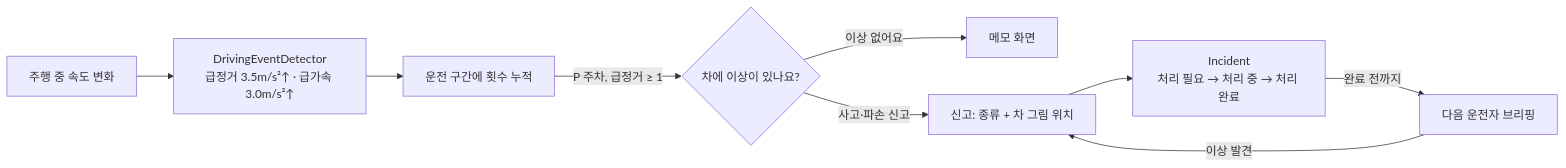
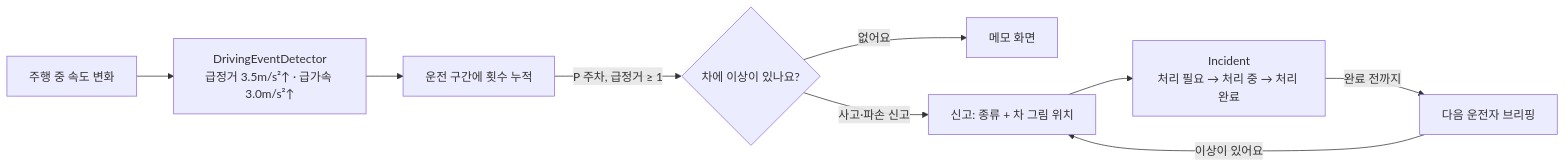
One commit to youngchaai/carrelay changed the second of 4 diagrams in docs/02_아키텍처.md. Above: the diagram before and after it, drawn with Mermaid. The commit also changed other lines of this file and 18 other files, not shown here.

````diff
--- a/docs/02_아키텍처.md
+++ b/docs/02_아키텍처.md
@@ -41,11 +41,11 @@
 ```mermaid
 flowchart LR
     A["주행 중 속도 변화"] --> B["DrivingEventDetector<br/>급정거 3.5m/s²↑ · 급가속 3.0m/s²↑"]
     B --> C["운전 구간에 횟수 누적"]
     C -->|"P 주차, 급정거 ≥ 1"| D{"차에 이상이 있나요?"}
-    D -->|"이상 없어요"| E["메모 화면"]
+    D -->|"없어요"| E["메모 화면"]
     D -->|"사고·파손 신고"| F["신고: 종류 + 차 그림 위치"]
-    G["다음 운전자 브리핑"] -->|"이상 발견"| F
+    G["다음 운전자 브리핑"] -->|"이상이 있어요"| F
     F --> H["Incident<br/>처리 필요 → 처리 중 → 처리 완료"]
     H -->|"완료 전까지"| G
 ```
````
